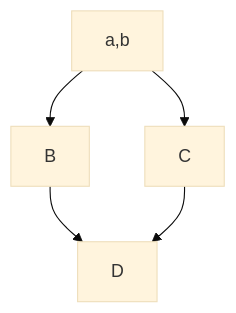
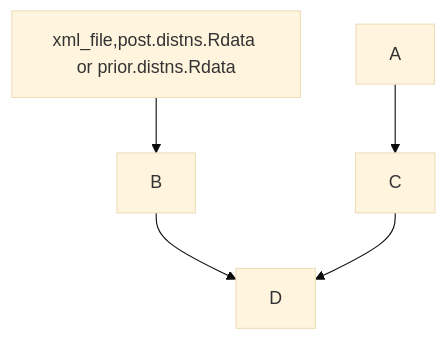
One commit to ecamo19/gsoc_project_2022_vm changed the diagram in README.md. Above: the diagram before and after it, drawn with Mermaid (base theme).

````diff
--- a/README.md
+++ b/README.md
@@ -50,7 +50,7 @@
 ```mermaid
   graph TD;
-      A[a,b]-->B;
+      inputs[xml_file,post.distns.Rdata or prior.distns.Rdata]-->B;
       A-->C;
       B-->D;
       C-->D;
 ```
````
